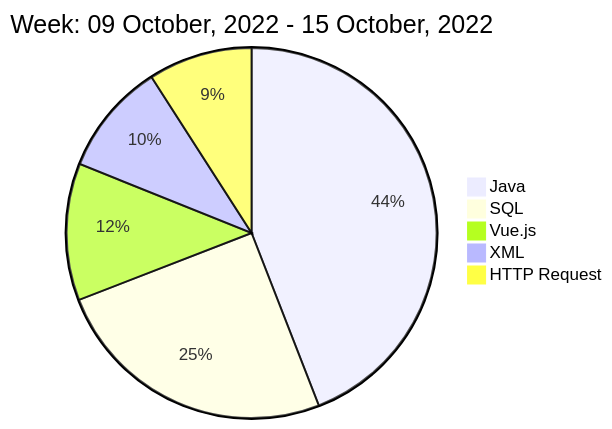
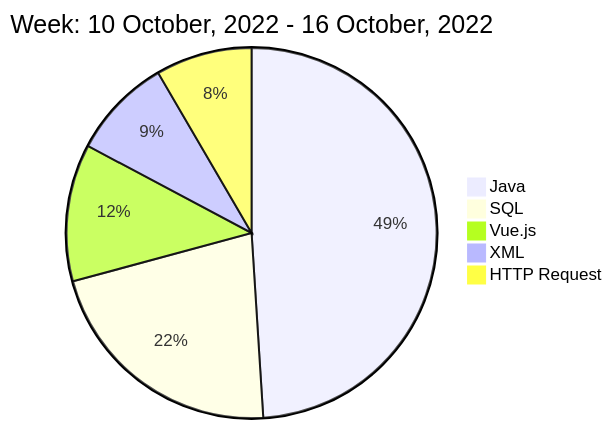
One commit to liubin95/liubin95 changed the diagram in README.md. Above: the diagram before and after it, drawn with Mermaid.

Commit message:
Updated the Graph with new Metrics

````diff
--- a/README.md
+++ b/README.md
@@ -40,9 +40,9 @@
 ```mermaid
  pie
-title Week: 09 October, 2022 - 15 October, 2022
- "Java" : 9.95
- "SQL" : 5.65
- "Vue.js" : 2.7
- "XML" : 2.22
- "HTTP Request" : 2.05
+title Week: 10 October, 2022 - 16 October, 2022
+ "Java" : 9.73
+ "SQL" : 4.33
+ "Vue.js" : 2.38
+ "XML" : 1.75
+ "HTTP Request" : 1.67
 ```
````
